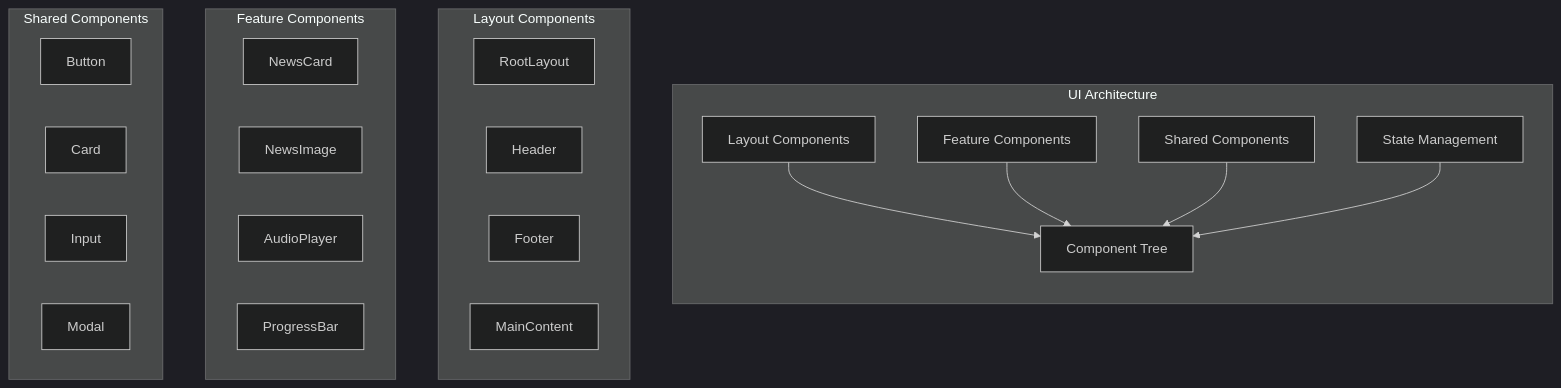
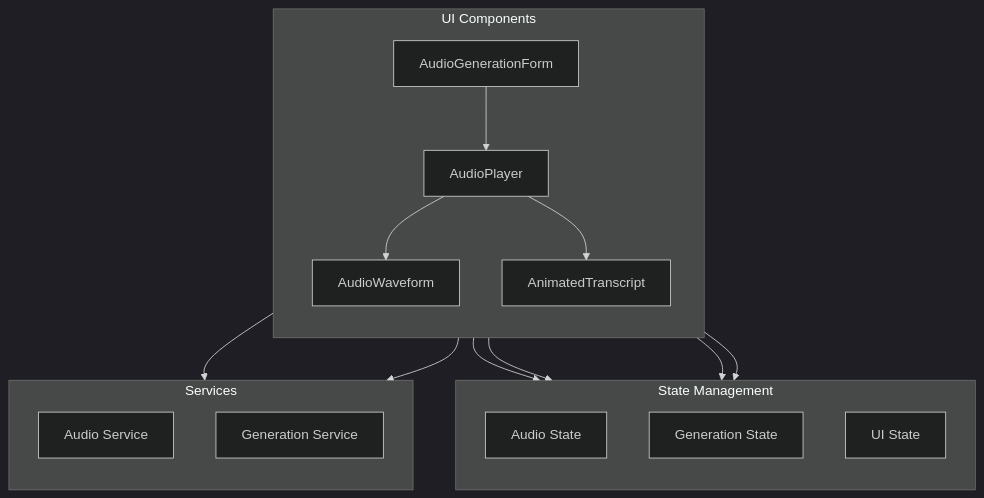
The first of 9 diagrams in docs/ui-components.md (moisestech/ai24-news), drawn with Mermaid (dark theme) before and after one commit. The commit also changed other lines of this file and 8 other files, not shown here.

````diff
--- a/docs/ui-components.md
+++ b/docs/ui-components.md
@@ -7,39 +93,35 @@
 ```mermaid
 graph TD
-    subgraph UI["UI Architecture"]
+    subgraph Components["UI Components"]
         direction TB
-        A[Layout Components]:::layout
-        B[Feature Components]:::feature
-        C[Shared Components]:::shared
-        D[State Management]:::state
+        A[AudioPlayer]:::component
+        B[AudioWaveform]:::component
+        C[AnimatedTranscript]:::component
+        D[AudioGenerationForm]:::component
         
-        A --> E[Component Tree]
+        A --> B
+        A --> C
+        D --> A
+    end
+
+    subgraph State["State Management"]
+        direction TB
+        E[Audio State]:::state
+        F[Generation State]:::state
+        G[UI State]:::state
+        
+        A --> E
         B --> E
         C --> E
-        D --> E
+        D --> F
     end
 
-    subgraph Layout["Layout Components"]
-        direction LR
-        F[RootLayout]:::layout
-        G[Header]:::layout
-        H[Footer]:::layout
-        I[MainContent]:::layout
-    end
-
-    subgraph Feature["Feature Components"]
-        direction LR
-        J[NewsCard]:::feature
-        K[NewsImage]:::feature
-        L[AudioPlayer]:::feature
-        M[ProgressBar]:::feature
-    end
-
-    subgraph Shared["Shared Components"]
-        direction LR
-        N[Button]:::shared
-        O[Card]:::shared
-        P[Input]:::shared
-        Q[Modal]:::shared
+    subgraph Services["Services"]
+        direction TB
+        H[Audio Service]:::service
+        I[Generation Service]:::service
+        
+        A --> H
+        D --> I
     end
 ```
````
